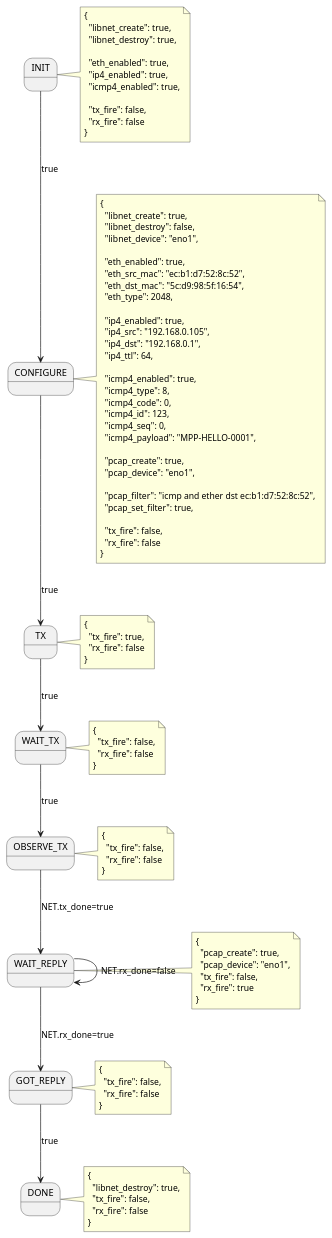
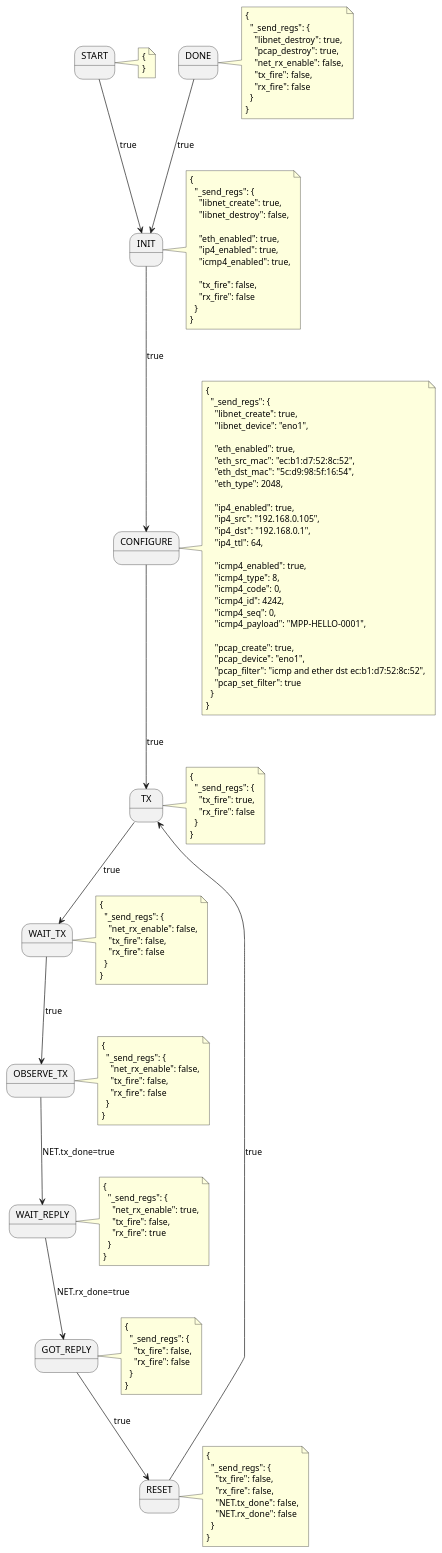
Before and after one commit to ambersoj/fsm: the diagram in ping.puml, drawn with PlantUML. The commit also changed 31 other files, not shown here.

```diff
--- a/ping.puml
+++ b/ping.puml
@@ -1,114 +1,148 @@
 @startuml
 
+state START
 state INIT
 state CONFIGURE
 state TX
 state WAIT_TX
 state OBSERVE_TX
 state WAIT_REPLY
 state GOT_REPLY
+state RESET
 state DONE
 
+START --> INIT : true
 INIT --> CONFIGURE : true
 CONFIGURE --> TX : true
 TX --> WAIT_TX : true
 WAIT_TX --> OBSERVE_TX : true
 OBSERVE_TX --> WAIT_REPLY : NET.tx_done=true
-WAIT_REPLY --> WAIT_REPLY : NET.rx_done=false
 WAIT_REPLY --> GOT_REPLY : NET.rx_done=true
-GOT_REPLY --> DONE : true
+GOT_REPLY --> RESET : true
+RESET --> TX : true
+DONE --> INIT : true
+
+note right of START
+{
+}
+end note
 
 note right of INIT
 {
-  "libnet_create": true,
-  "libnet_destroy": true,
+  "_send_regs": {
+    "libnet_create": true,
+    "libnet_destroy": false,
 
-  "eth_enabled": true,
-  "ip4_enabled": true,
-  "icmp4_enabled": true,
+    "eth_enabled": true,
+    "ip4_enabled": true,
+    "icmp4_enabled": true,
 
-  "tx_fire": false,
-  "rx_fire": false
+    "tx_fire": false,
+    "rx_fire": false
+  }
 }
 end note
 
 note right of CONFIGURE
 {
-  "libnet_create": true,
-  "libnet_destroy": false,
-  "libnet_device": "eno1",
+  "_send_regs": {
+    "libnet_create": true,
+    "libnet_device": "eno1",
 
-  "eth_enabled": true,
-  "eth_src_mac": "ec:b1:d7:52:8c:52",
-  "eth_dst_mac": "5c:d9:98:5f:16:54",
-  "eth_type": 2048,
+    "eth_enabled": true,
+    "eth_src_mac": "ec:b1:d7:52:8c:52",
+    "eth_dst_mac": "5c:d9:98:5f:16:54",
+    "eth_type": 2048,
 
-  "ip4_enabled": true,
-  "ip4_src": "192.168.0.105",
-  "ip4_dst": "192.168.0.1",
-  "ip4_ttl": 64,
+    "ip4_enabled": true,
+    "ip4_src": "192.168.0.105",
+    "ip4_dst": "192.168.0.1",
+    "ip4_ttl": 64,
 
-  "icmp4_enabled": true,
-  "icmp4_type": 8,
-  "icmp4_code": 0,
-  "icmp4_id": 123,
-  "icmp4_seq": 0,
-  "icmp4_payload": "MPP-HELLO-0001",
+    "icmp4_enabled": true,
+    "icmp4_type": 8,
+    "icmp4_code": 0,
+    "icmp4_id": 4242,
+    "icmp4_seq": 0,
+    "icmp4_payload": "MPP-HELLO-0001",
 
-  "pcap_create": true,
-  "pcap_device": "eno1",
-
-  "pcap_filter": "icmp and ether dst ec:b1:d7:52:8c:52",
-  "pcap_set_filter": true,
-
-  "tx_fire": false,
-  "rx_fire": false
+    "pcap_create": true,
+    "pcap_device": "eno1",
+    "pcap_filter": "icmp and ether dst ec:b1:d7:52:8c:52",
+    "pcap_set_filter": true
+  }
 }
 end note
 
 note right of TX
 {
-  "tx_fire": true,
-  "rx_fire": false
+  "_send_regs": {
+    "tx_fire": true,
+    "rx_fire": false
+  }
 }
 end note
 
 note right of WAIT_TX
 {
-  "tx_fire": false,
-  "rx_fire": false
+  "_send_regs": {
+    "net_rx_enable": false,
+    "tx_fire": false,
+    "rx_fire": false
+  }
 }
 end note
 
 note right of OBSERVE_TX
 {
-  "tx_fire": false,
-  "rx_fire": false
+  "_send_regs": {
+    "net_rx_enable": false,
+    "tx_fire": false,
+    "rx_fire": false
+  }
 }
 end note
 
 note right of WAIT_REPLY
 {
-  "pcap_create": true,
-  "pcap_device": "eno1",
-  "tx_fire": false,
-  "rx_fire": true
+  "_send_regs": {
+    "net_rx_enable": true,
+    "tx_fire": false,
+    "rx_fire": true
+  }
 }
 end note
 
 note right of GOT_REPLY
 {
-  "tx_fire": false,
-  "rx_fire": false
+  "_send_regs": {
+    "tx_fire": false,
+    "rx_fire": false
+  }
+}
+end note
+
+note right of RESET
+{
+  "_send_regs": {
+    "tx_fire": false,
+    "rx_fire": false,
+    "NET.tx_done": false,
+    "NET.rx_done": false
+  }
 }
 end note
 
 note right of DONE
 {
-  "libnet_destroy": true,
-  "tx_fire": false,
-  "rx_fire": false
+  "_send_regs": {
+    "libnet_destroy": true,
+    "pcap_destroy": true,
+    "net_rx_enable": false,
+    "tx_fire": false,
+    "rx_fire": false
+  }
 }
 end note
 
 @enduml
```
